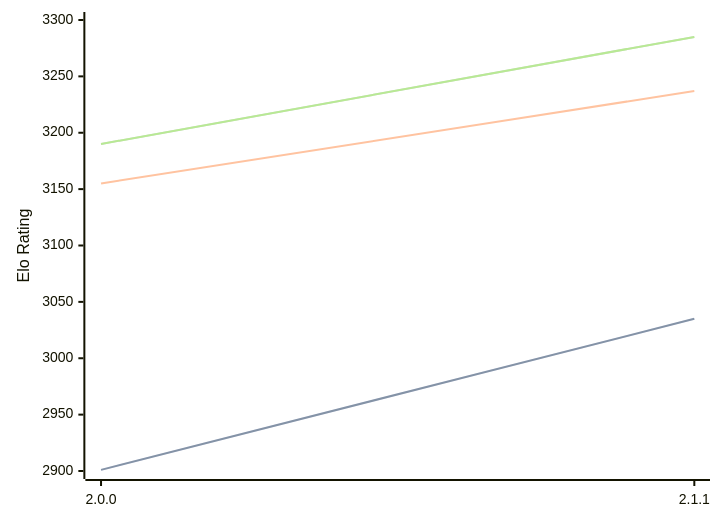
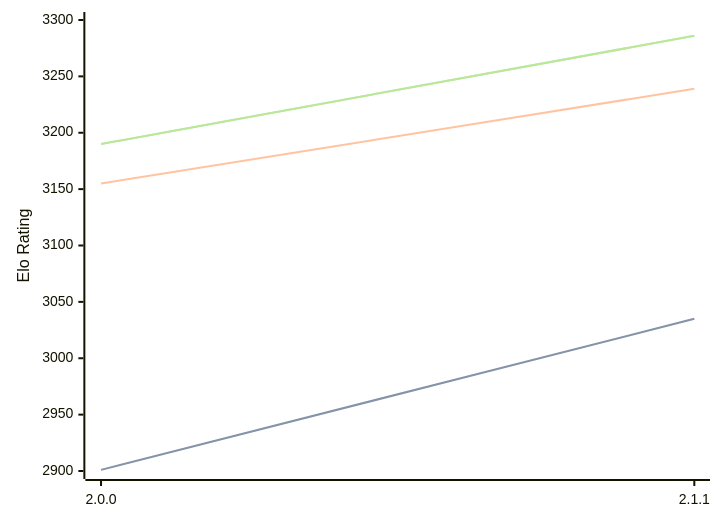
Before and after one commit to computer-chess-index/cci: the diagram in engines/Bread.md, drawn with Mermaid. The commit also changed other lines of this file, not shown here.

Commit message:
Update CCI Ratings (ELO VLTC) - 2026-02-15

````diff
--- a/engines/Bread.md
+++ b/engines/Bread.md
@@ -47,11 +47,11 @@
 ```mermaid
 %%{init: {"theme":"base","themeVariables":{"seriesColors:['#a3a3a3','#222221','#faa371']}}}%%
 xychart-beta
   x-axis ["2.0.0", "2.1.1"]
   y-axis "Elo Rating" 2900 --> 3300
   line "STC (8.0+0.08s)" [2901, 3035]
   line "STC (8.0+0.08s)" [2901, 3035]
-  line "LTC (60.0+0.60s)" [3155, 3237]
-  line "VLTC (2m24s+1.12s)" [3190, 3285]
-  line "VLTC (2m24s+1.12s)" [3190, 3285]
+  line "LTC (60.0+0.60s)" [3155, 3239]
+  line "VLTC (2m24s+1.12s)" [3190, 3286]
+  line "VLTC (2m24s+1.12s)" [3190, 3286]
 ```
````
